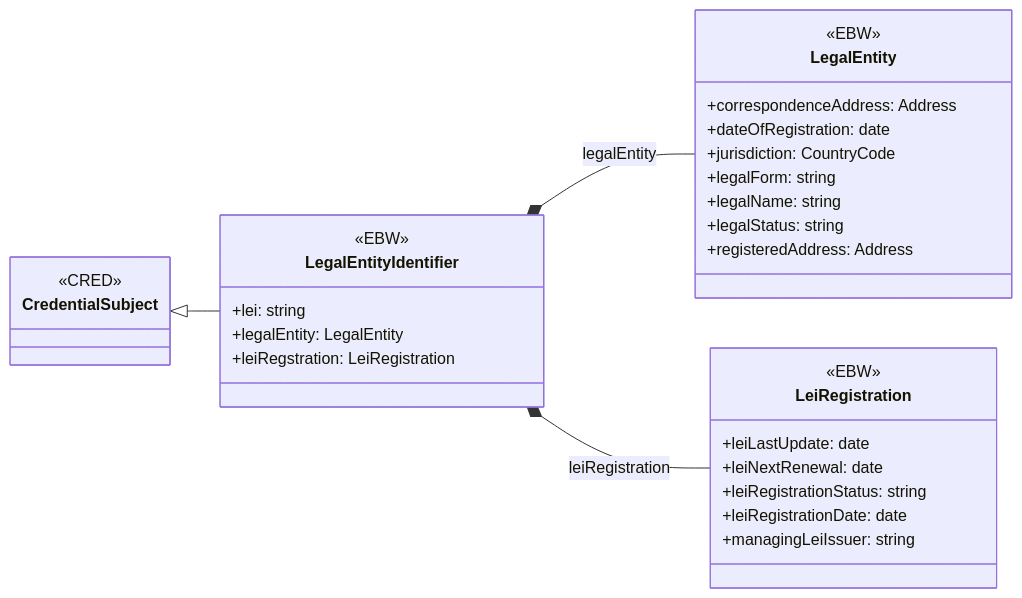
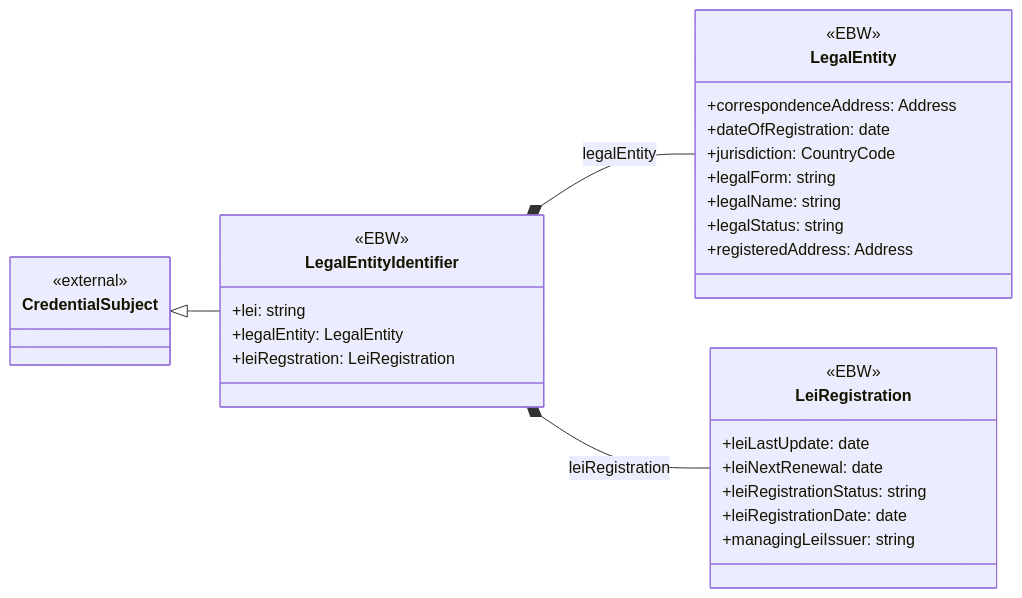
The diagram in vocab/src/class-diagram-lei.mermaid (webuild-consortium/wp4-semantics-group), drawn with Mermaid before and after one commit. The commit also changed 13 other files, not shown here.

Commit message:
update: class diagrams

```diff
--- a/vocab/src/class-diagram-lei.mermaid
+++ b/vocab/src/class-diagram-lei.mermaid
@@ -1,50 +1,49 @@
 classDiagram
     direction LR
 %% =========================
 %% Core EBW Classes
 %% =========================
-    class CredentialSubject {
-        <<CRED>>
-    }
-
     class LegalEntityIdentifier {
         <<EBW>>
         +lei: string
         +legalEntity: LegalEntity
         +leiRegstration: LeiRegistration
     }
 
     class LegalEntity {
         <<EBW>>
         +correspondenceAddress: Address
         +dateOfRegistration: date
         +jurisdiction: CountryCode
         +legalForm: string
         +legalName: string
         +legalStatus: string
         +registeredAddress: Address
     }
 
     class LeiRegistration {
         <<EBW>>
         +leiLastUpdate: date
         +leiNextRenewal: date
         +leiRegistrationStatus: string
         +leiRegistrationDate: date
         +managingLeiIssuer: string
     }
 
 %% =========================
 %% External / Referenced Types
 %% =========================
+    class CredentialSubject {
+        <<external>>
+    }
 
 %% =========================
 %% Inheritance
 %% =========================
     CredentialSubject <|-- LegalEntityIdentifier
-    LegalEntityIdentifier *-- LegalEntity : legalEntity
-    LegalEntityIdentifier *-- LeiRegistration: leiRegistration
 
 %% =========================
 %% Properties (Object relations)
 %% =========================
+    LegalEntityIdentifier *-- LegalEntity : legalEntity
+    LegalEntityIdentifier *-- LeiRegistration: leiRegistration
```
